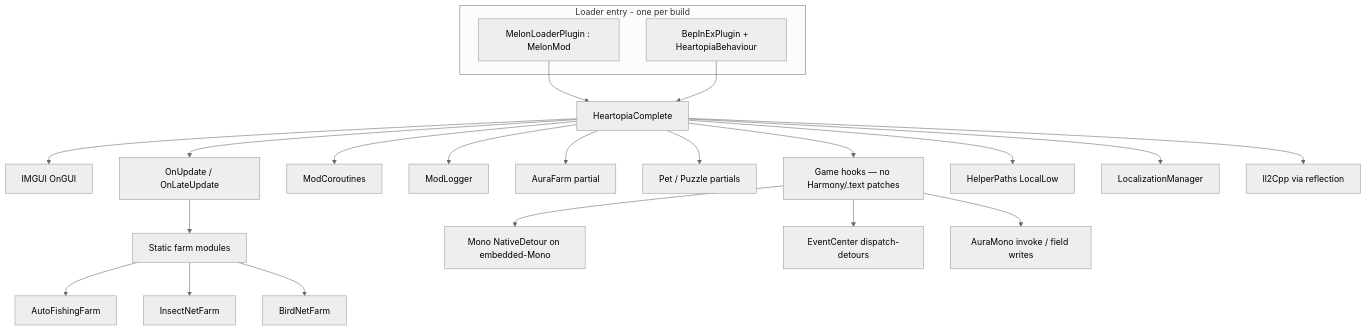
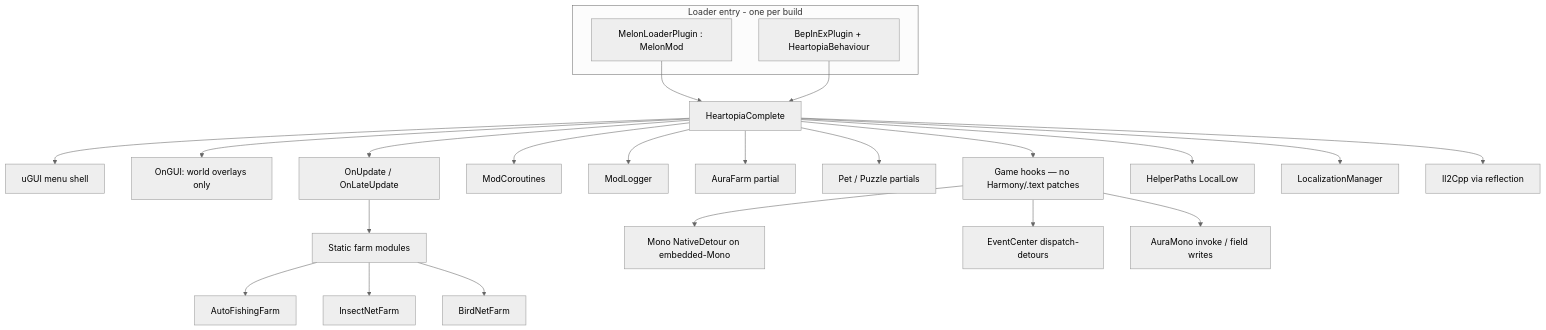
One commit to baboodev/Bugtopia changed the diagram in docs/TECHNICAL.md. Above: the diagram before and after it, drawn with Mermaid (neutral theme). The commit also changed other lines of this file and 3 other files, not shown here.

````diff
--- a/docs/TECHNICAL.md
+++ b/docs/TECHNICAL.md
@@ -9,32 +9,33 @@
 ```mermaid
 flowchart TB
     subgraph loaders [Loader entry - one per build]
         ML[MelonLoaderPlugin : MelonMod]
         BEP[BepInExPlugin + HeartopiaBehaviour]
     end
 
     ML --> HC[HeartopiaComplete]
     BEP --> HC
 
-    HC --> UI[IMGUI OnGUI]
+    HC --> UI[uGUI menu shell]
+    HC --> GUI[OnGUI: world overlays only]
     HC --> OU[OnUpdate / OnLateUpdate]
     HC --> MC[ModCoroutines]
     HC --> LOG[ModLogger]
 
     OU --> Farms[Static farm modules]
     Farms --> AF[AutoFishingFarm]
     Farms --> IN[InsectNetFarm]
     Farms --> BN[BirdNetFarm]
 
     HC --> Aura[AuraFarm partial]
     HC --> Features[Pet / Puzzle partials]
 
     HC --> Hooks[Game hooks — no Harmony/.text patches]
     Hooks --> ND[Mono NativeDetour on embedded-Mono]
     Hooks --> EV[EventCenter dispatch-detours]
     Hooks --> AM2[AuraMono invoke / field writes]
 
     HC --> Paths[HelperPaths LocalLow]
     HC --> Loc[LocalizationManager]
     HC --> Game[Il2Cpp via reflection]
 ```
````
